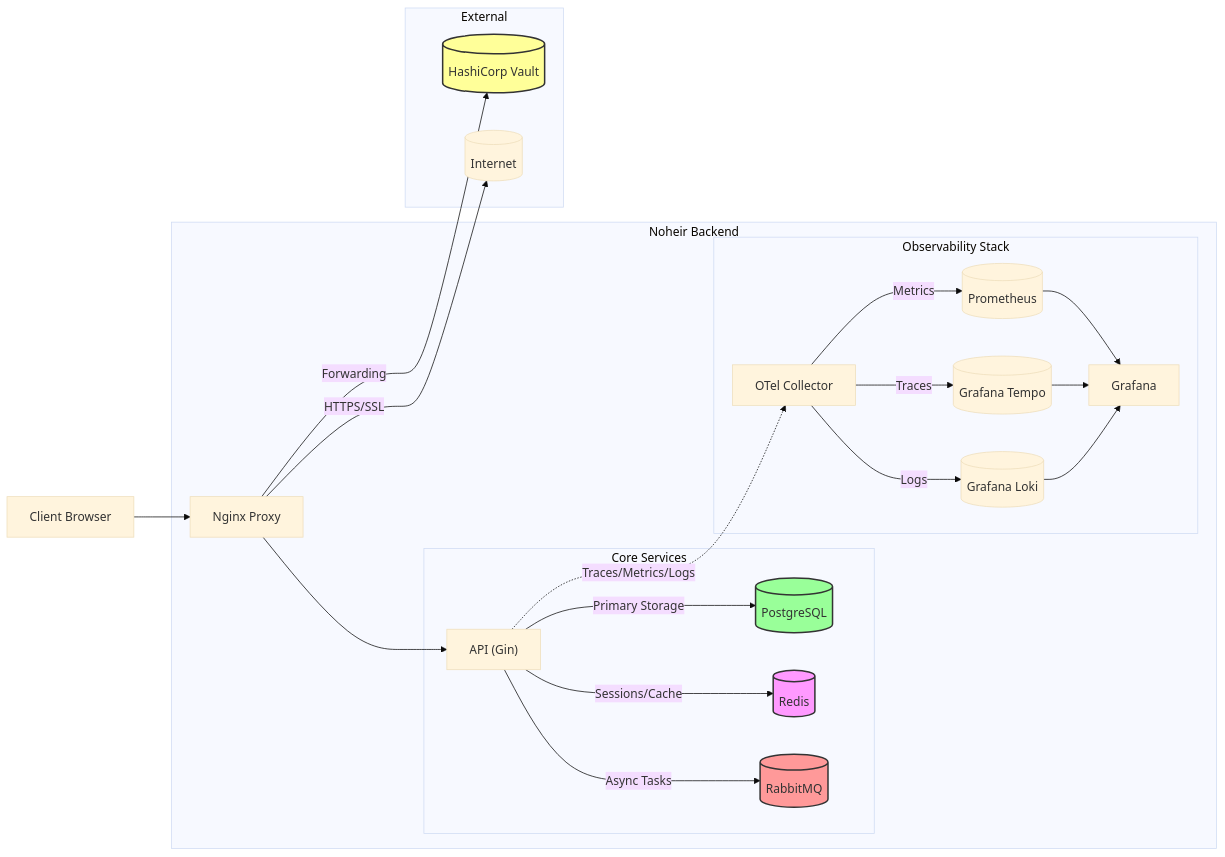
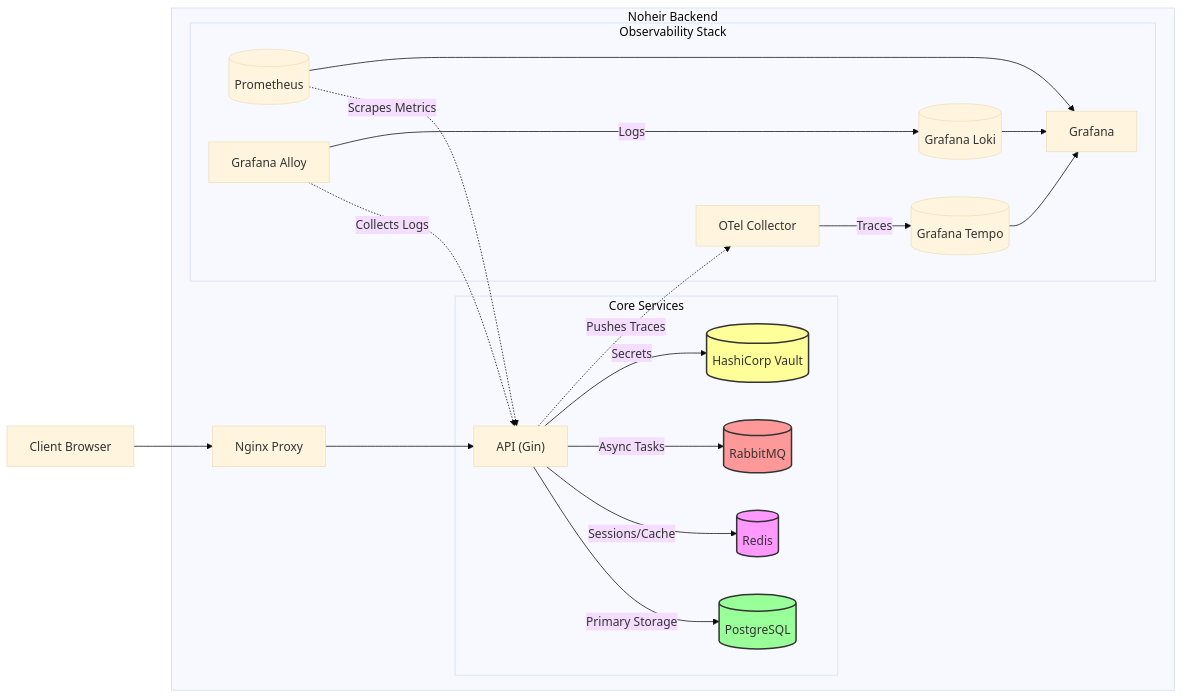
Before and after one commit to hynoras/nh-be: the diagram in README.md, drawn with Mermaid (base theme).

Commit message:
docs(README): update mermaid to reflect Noheir system architecture correctly
-move Vault into "Core Services" block
-remove "Internet" block
-correct observability data flow

````diff
--- a/README.md
+++ b/README.md
@@ -107,36 +107,33 @@
 ```mermaid
 flowchart LR
     Client["Client Browser"] --> Nginx["Nginx Proxy"]
     
     subgraph "Noheir Backend"
         Nginx --> API["API (Gin)"]
         
         subgraph "Core Services"
             API -->|"Primary Storage"| DB[("PostgreSQL")]
             API -->|"Sessions/Cache"| Redis[("Redis")]
             API -->|"Async Tasks"| MQ[("RabbitMQ")]
+            API -->|"Secrets"| Vault[("HashiCorp Vault")]
         end
         
         subgraph "Observability Stack"
-            API -.->|"Traces/Metrics/Logs"| OTel["OTel Collector"]
+            API -.->|"Pushes Traces"| OTel["OTel Collector"]
+            Prometheus[("Prometheus")] -.->|"Scrapes Metrics"| API
+            Alloy["Grafana Alloy"] -.->|"Collects Logs"| API
             
-            OTel -->|"Metrics"| Prometheus[("Prometheus")]
             OTel -->|"Traces"| Tempo[("Grafana Tempo")]
-            OTel -->|"Logs"| Loki[("Grafana Loki")]
+            Alloy -->|"Logs"| Loki[("Grafana Loki")]
             
             Prometheus --> Grafana["Grafana"]
             Tempo --> Grafana
             Loki --> Grafana
         end
     end
     
-    subgraph "External"
-        Nginx -->|"Forwarding"| Vault[("HashiCorp Vault")]
-        Nginx -->|"HTTPS/SSL"| Internet[("Internet")]
-    end
-    
     style DB fill:#9f9,stroke:#333,stroke-width:2px
     style Redis fill:#f9f,stroke:#333,stroke-width:2px
     style MQ fill:#f99,stroke:#333,stroke-width:2px
     style Vault fill:#ff9,stroke:#333,stroke-width:2px
 ```
````
